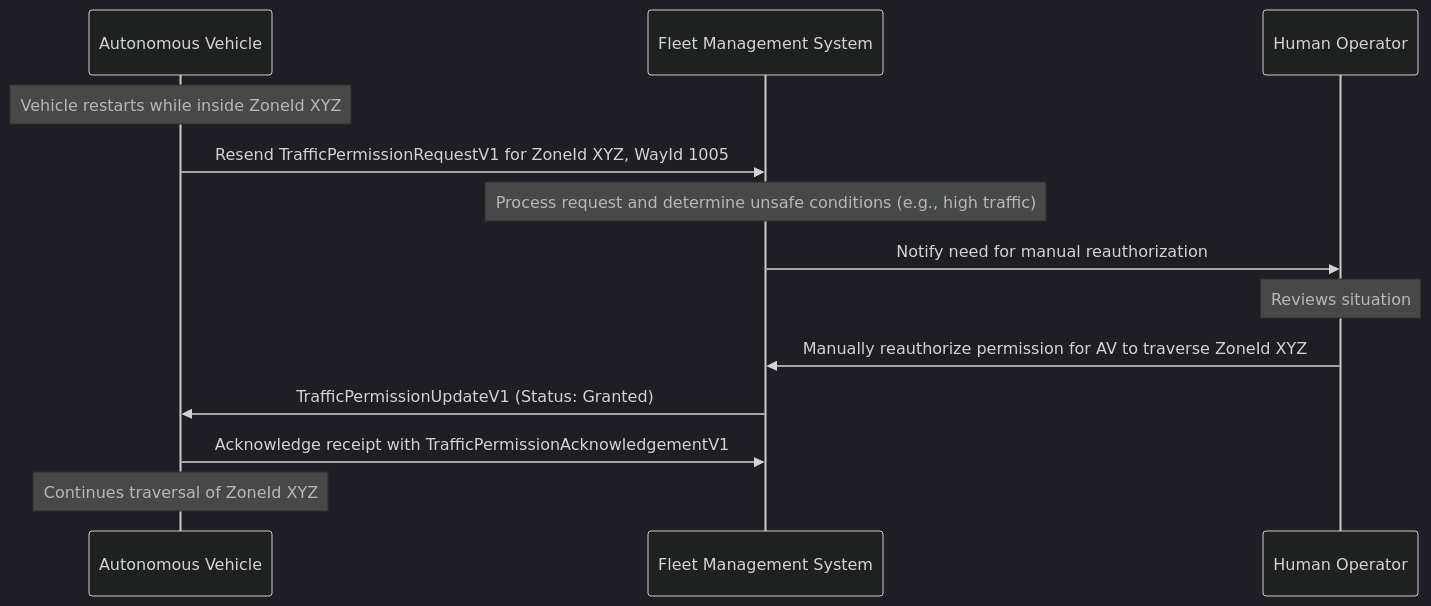
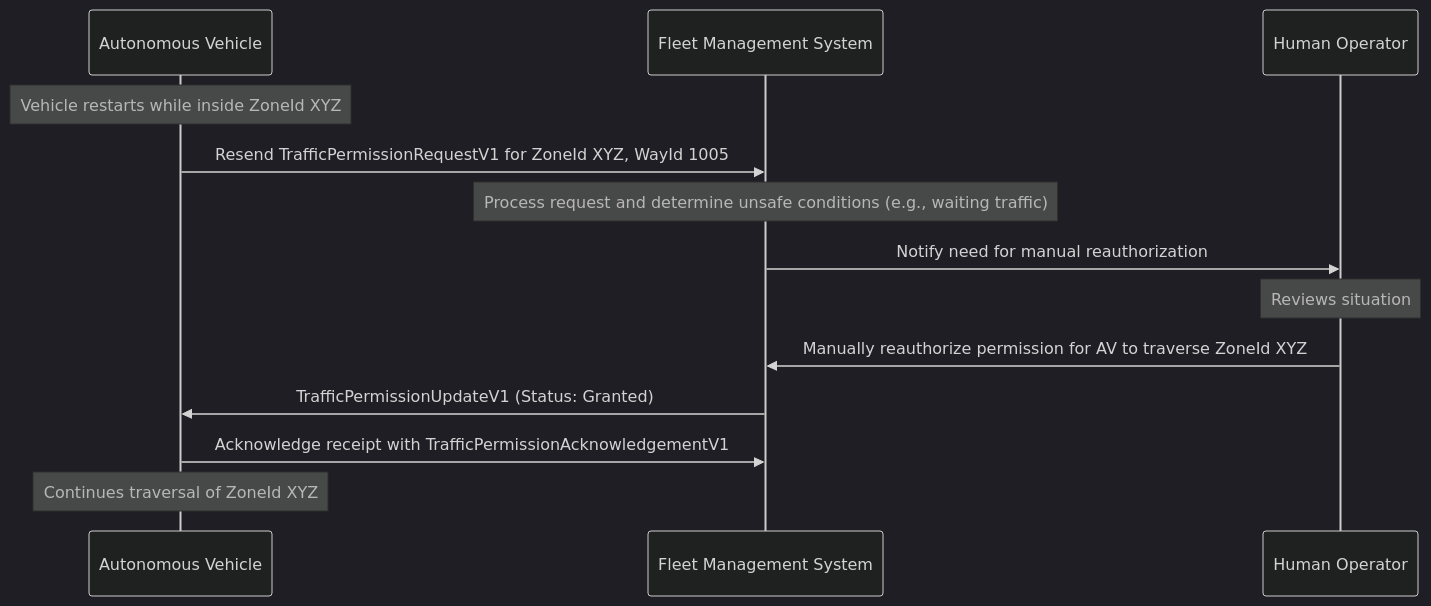
One commit to open-autonomy/traffic-management changed the sixth of 6 diagrams in diagram/RequestingPermission.md. Above: the diagram before and after it, drawn with Mermaid (dark theme). The commit also changed other lines of this file, not shown here.

````diff
--- a/diagram/RequestingPermission.md
+++ b/diagram/RequestingPermission.md
@@ -109,15 +109,15 @@
 ```mermaid
 sequenceDiagram
 	participant AV as Autonomous Vehicle
 	participant FMS as Fleet Management System
 	participant Human as Human Operator
 	Note over AV: Vehicle restarts while inside ZoneId XYZ
 	AV->>FMS: Resend TrafficPermissionRequestV1 for ZoneId XYZ, WayId 1005
-	Note over FMS: Process request and determine unsafe conditions (e.g., high traffic)
+	Note over FMS: Process request and determine unsafe conditions (e.g., waiting traffic)
 	FMS->>Human: Notify need for manual reauthorization
 	Note over Human: Reviews situation
 	Human->>FMS: Manually reauthorize permission for AV to traverse ZoneId XYZ
 	FMS->>AV: TrafficPermissionUpdateV1 (Status: Granted)
 	AV->>FMS: Acknowledge receipt with TrafficPermissionAcknowledgementV1
 	Note over AV: Continues traversal of ZoneId XYZ
 ```
````
